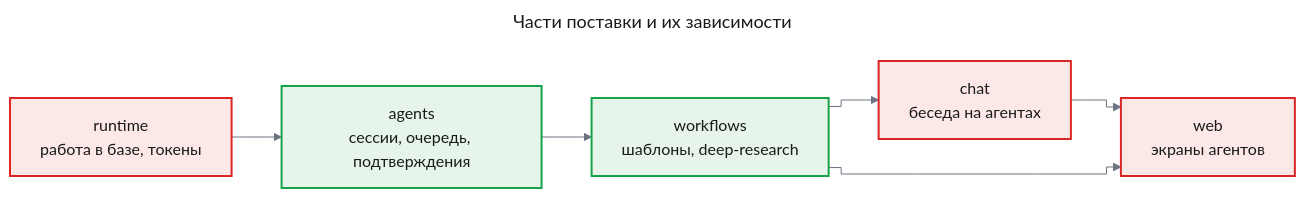
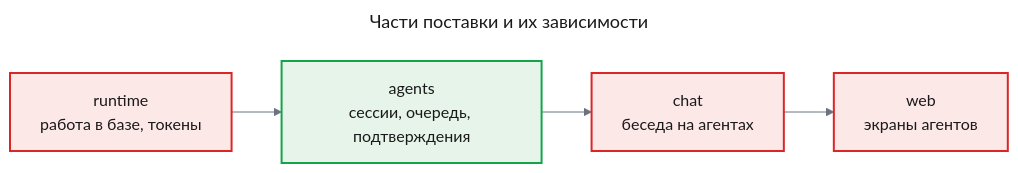
One commit to tundraray/agent-os changed the fifth of 5 diagrams in docs/features/agent-platform/prd.md. Above: the diagram before and after it, drawn with Mermaid. The commit also changed other lines of this file and 1225 other files, not shown here.

First line of the commit message:
feat: deep agents, live agent objects, a restructured backend and self-learning (#14)

````diff
--- a/docs/features/agent-platform/prd.md
+++ b/docs/features/agent-platform/prd.md
@@ -499,30 +415,27 @@
 ```mermaid
 ---
 title: "Части поставки и их зависимости"
 config:
   theme: base
   look: classic
   themeVariables:
     primaryColor: "#eef1f5"
     primaryBorderColor: "#4b5563"
     primaryTextColor: "#1a1a1a"
     lineColor: "#6b7280"
   flowchart:
     curve: step
 ---
 flowchart LR
     runtime["runtime<br/>работа в базе, токены"]
     agents["agents<br/>сессии, очередь, подтверждения"]
     chat["chat<br/>беседа на агентах"]
-    workflows["workflows<br/>шаблоны, deep-research"]
     web["web<br/>экраны агентов"]
     runtime --> agents
-    agents --> workflows
-    workflows --> chat
+    agents --> chat
     chat --> web
-    workflows --> web
     classDef changed fill:#fde8e8,stroke:#dc2626,stroke-width:2px,color:#1a1a1a
     classDef new fill:#e6f4ea,stroke:#16a34a,stroke-width:2px,color:#1a1a1a
     class runtime,chat,web changed
-    class agents,workflows new
+    class agents new
 ```
````
